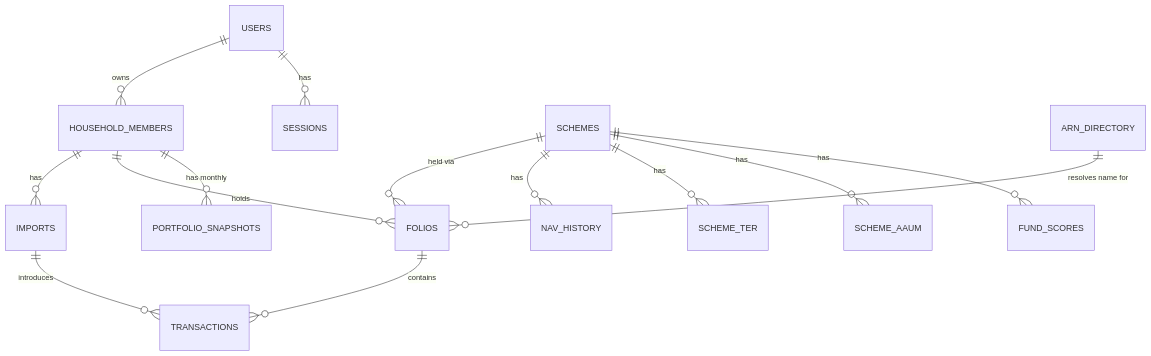
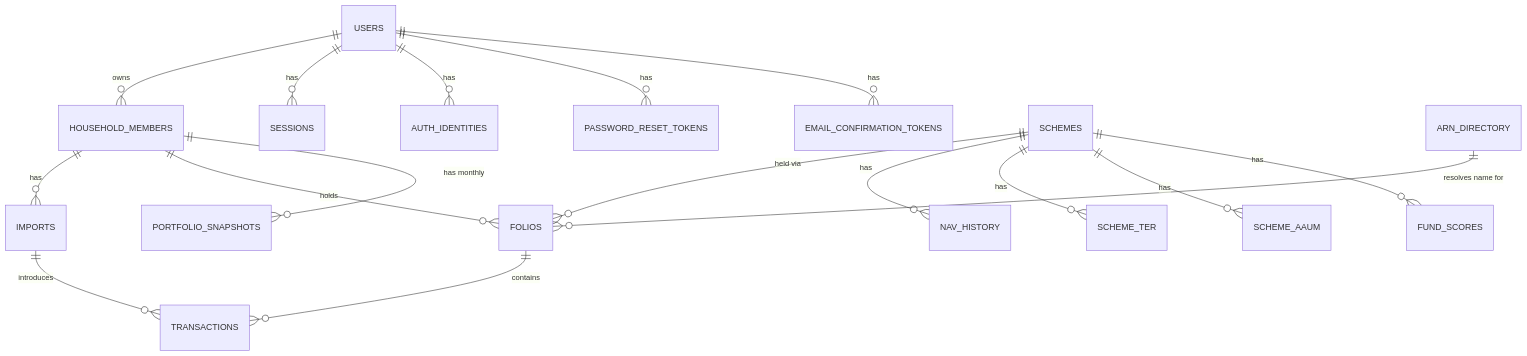
Before and after one commit to ayushkarnawat/MVP_V1_MF_only: the diagram in Docs/PRDs/Database-Schema-Unifolio.md, drawn with Mermaid. The commit also changed other lines of this file and 4 other files, not shown here.

Commit message:
docs: update PRD-02, decisions.md, backend.md, database.md for email+password auth

````diff
--- a/Docs/PRDs/Database-Schema-Unifolio.md
+++ b/Docs/PRDs/Database-Schema-Unifolio.md
@@ -44,17 +44,20 @@
 ```mermaid
 %% Core relationships only — full column lists are in the Entity Definitions section below
 erDiagram
     USERS ||--o{ HOUSEHOLD_MEMBERS : "owns"
     USERS ||--o{ SESSIONS : "has"
+    USERS ||--o{ AUTH_IDENTITIES : "has"
+    USERS ||--o{ PASSWORD_RESET_TOKENS : "has"
+    USERS ||--o{ EMAIL_CONFIRMATION_TOKENS : "has"
     HOUSEHOLD_MEMBERS ||--o{ IMPORTS : "has"
     HOUSEHOLD_MEMBERS ||--o{ FOLIOS : "holds"
     IMPORTS ||--o{ TRANSACTIONS : "introduces"
     FOLIOS ||--o{ TRANSACTIONS : "contains"
     SCHEMES ||--o{ FOLIOS : "held via"
     SCHEMES ||--o{ NAV_HISTORY : "has"
     SCHEMES ||--o{ SCHEME_TER : "has"
     SCHEMES ||--o{ SCHEME_AAUM : "has"
     SCHEMES ||--o{ FUND_SCORES : "has"
     ARN_DIRECTORY ||--o{ FOLIOS : "resolves name for"
     HOUSEHOLD_MEMBERS ||--o{ PORTFOLIO_SNAPSHOTS : "has monthly"
 ```
````
